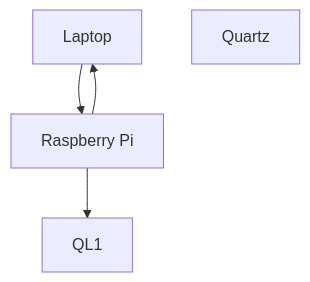
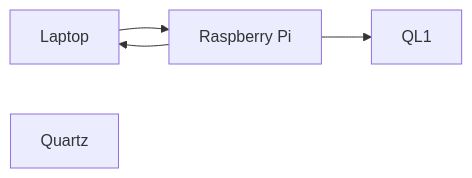
One commit to weijiehiew/EGL314 changed the first of 3 diagrams in README.md. Above: the diagram before and after it, drawn with Mermaid. The commit also changed other lines of this file, not shown here.

````diff
--- a/README.md
+++ b/README.md
@@ -67,9 +68,9 @@
 ```mermaid
-graph TD
+graph LR
 
 A[Laptop]--> B[Raspberry Pi]
 B --> A
 B --> C[QL1]
 D[Quartz]
 
 ```
````
